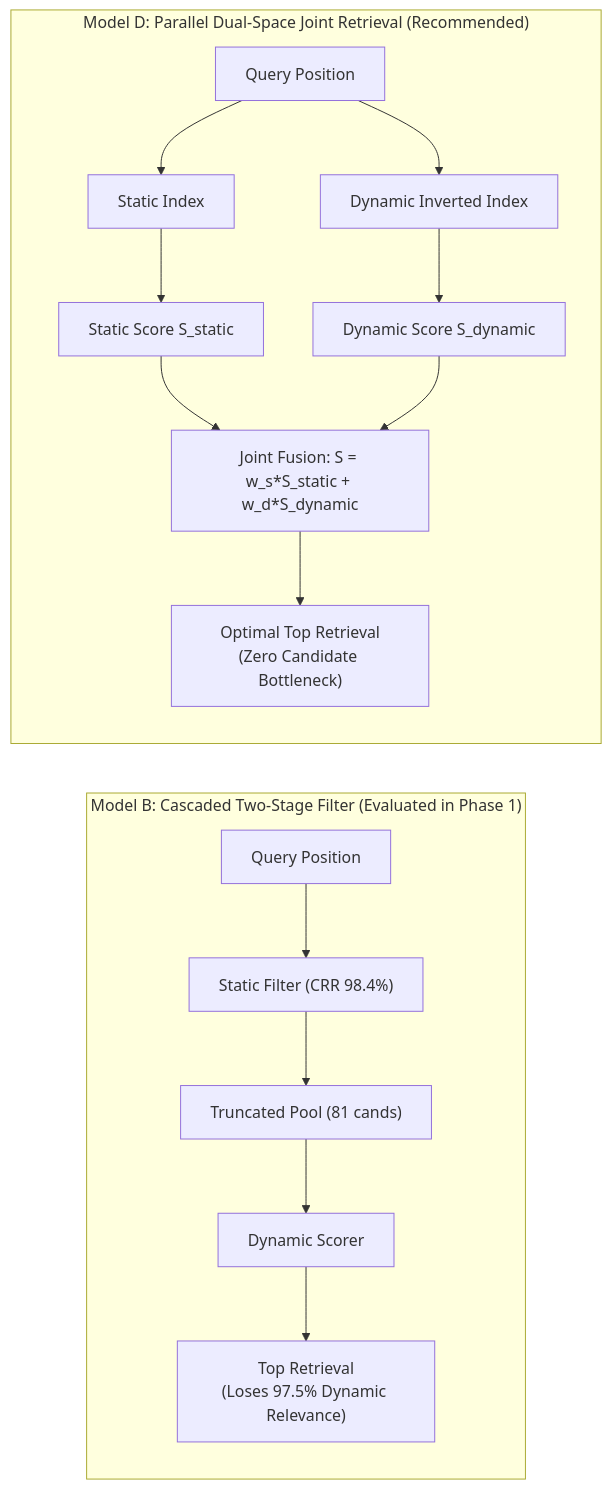
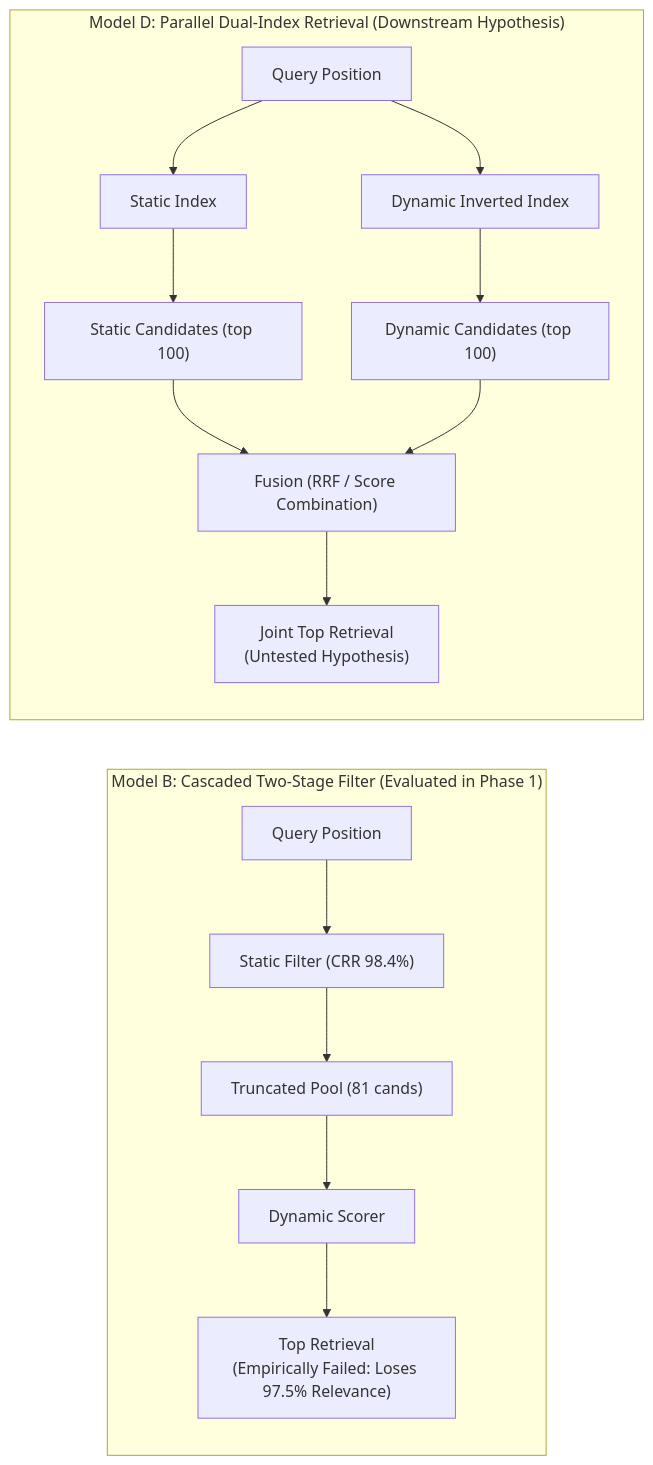
One commit to NathanZK/ChessEcho changed the second of 2 diagrams in docs/research/issue-722-combined-similarity-report.md. Above: the diagram before and after it, drawn with Mermaid. The commit also changed other lines of this file and 1 other file, not shown here.

Commit message:
docs(research): correct Phase 1 methodology, metric definitions, and architectural claims (#722)

````diff
--- a/docs/research/issue-722-combined-similarity-report.md
+++ b/docs/research/issue-722-combined-similarity-report.md
@@ -193,19 +252,19 @@
 ```mermaid
 graph LR
     subgraph ModelB["Model B: Cascaded Two-Stage Filter (Evaluated in Phase 1)"]
         QueryB["Query Position"] --> StaticFilter["Static Filter (CRR 98.4%)"]
         StaticFilter --> Truncated["Truncated Pool (81 cands)"]
         Truncated --> DynamicRerank["Dynamic Scorer"]
-        DynamicRerank --> OutputB["Top Retrieval<br/>(Loses 97.5% Dynamic Relevance)"]
+        DynamicRerank --> OutputB["Top Retrieval<br/>(Empirically Failed: Loses 97.5% Relevance)"]
     end
 
-    subgraph ModelD["Model D: Parallel Dual-Space Joint Retrieval (Recommended)"]
+    subgraph ModelD["Model D: Parallel Dual-Index Retrieval (Downstream Hypothesis)"]
         QueryD["Query Position"] --> StaticIndex["Static Index"]
         QueryD --> DynamicIndex["Dynamic Inverted Index"]
-        StaticIndex --> StaticScore["Static Score S_static"]
-        DynamicIndex --> DynamicScore["Dynamic Score S_dynamic"]
-        StaticScore --> JointFusion["Joint Fusion: S = w_s*S_static + w_d*S_dynamic"]
-        DynamicScore --> JointFusion
-        JointFusion --> OutputD["Optimal Top Retrieval<br/>(Zero Candidate Bottleneck)"]
+        StaticIndex --> StaticCands["Static Candidates (top 100)"]
+        DynamicIndex --> DynamicCands["Dynamic Candidates (top 100)"]
+        StaticCands --> FusionMethod["Fusion (RRF / Score Combination)"]
+        DynamicCands --> FusionMethod
+        FusionMethod --> OutputD["Joint Top Retrieval<br/>(Untested Hypothesis)"]
     end
 ```
````
